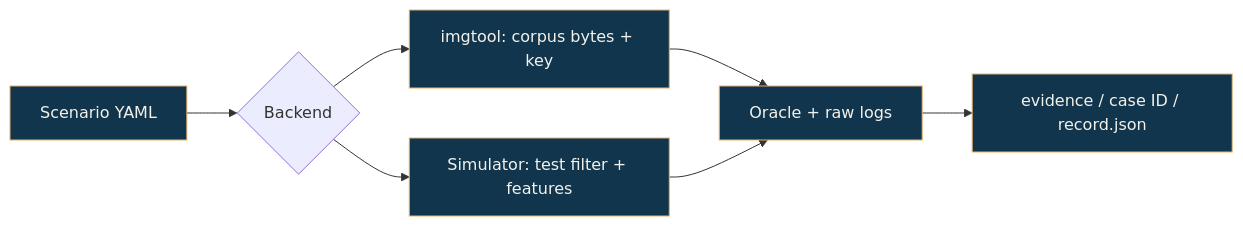
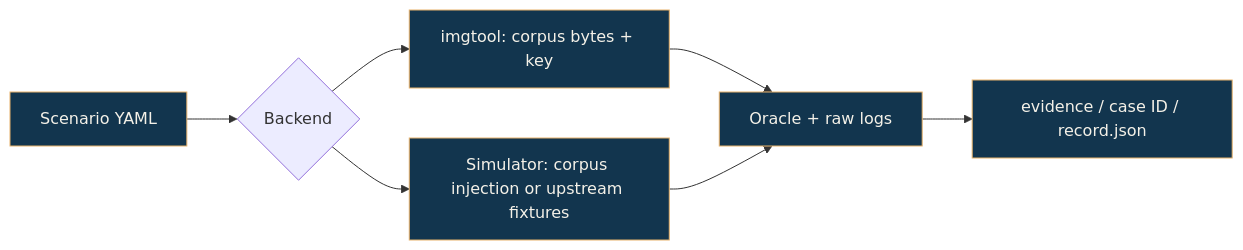
One commit to v1rtu3x/BootLab changed the diagram in docs/TEST_MATRIX.md. Above: the diagram before and after it, drawn with Mermaid. The commit also changed other lines of this file and 25 other files, not shown here.

````diff
--- a/docs/TEST_MATRIX.md
+++ b/docs/TEST_MATRIX.md
@@ -13,11 +14,11 @@
 ```mermaid
 flowchart LR
     S["Scenario YAML"] --> B{"Backend"}
     B --> I["imgtool: corpus bytes + key"]
-    B --> C["Simulator: test filter + features"]
+    B --> C["Simulator: corpus injection or upstream fixtures"]
     I --> O["Oracle + raw logs"]
     C --> O
     O --> E["evidence / case ID / record.json"]
     classDef step fill:#12354e,color:#f4f1e8,stroke:#e7b26b;
     class S,I,C,O,E step;
 ```
````
